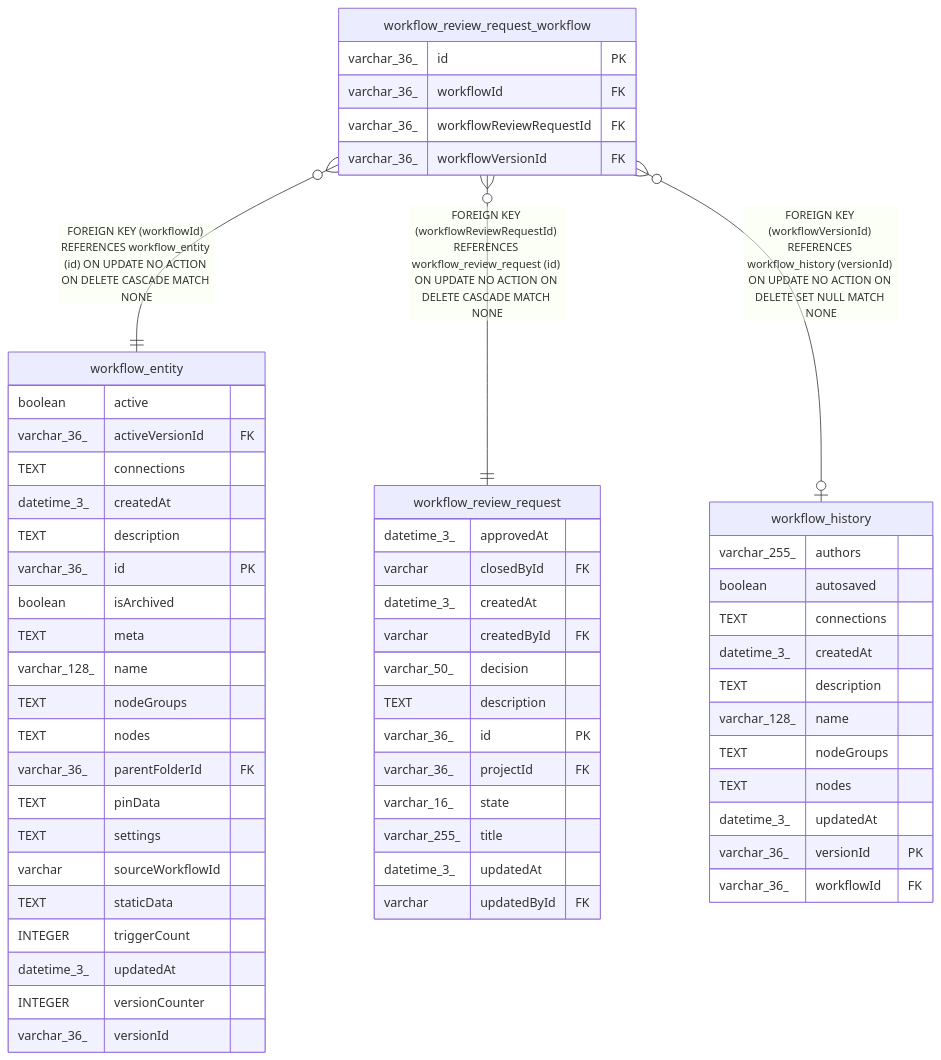
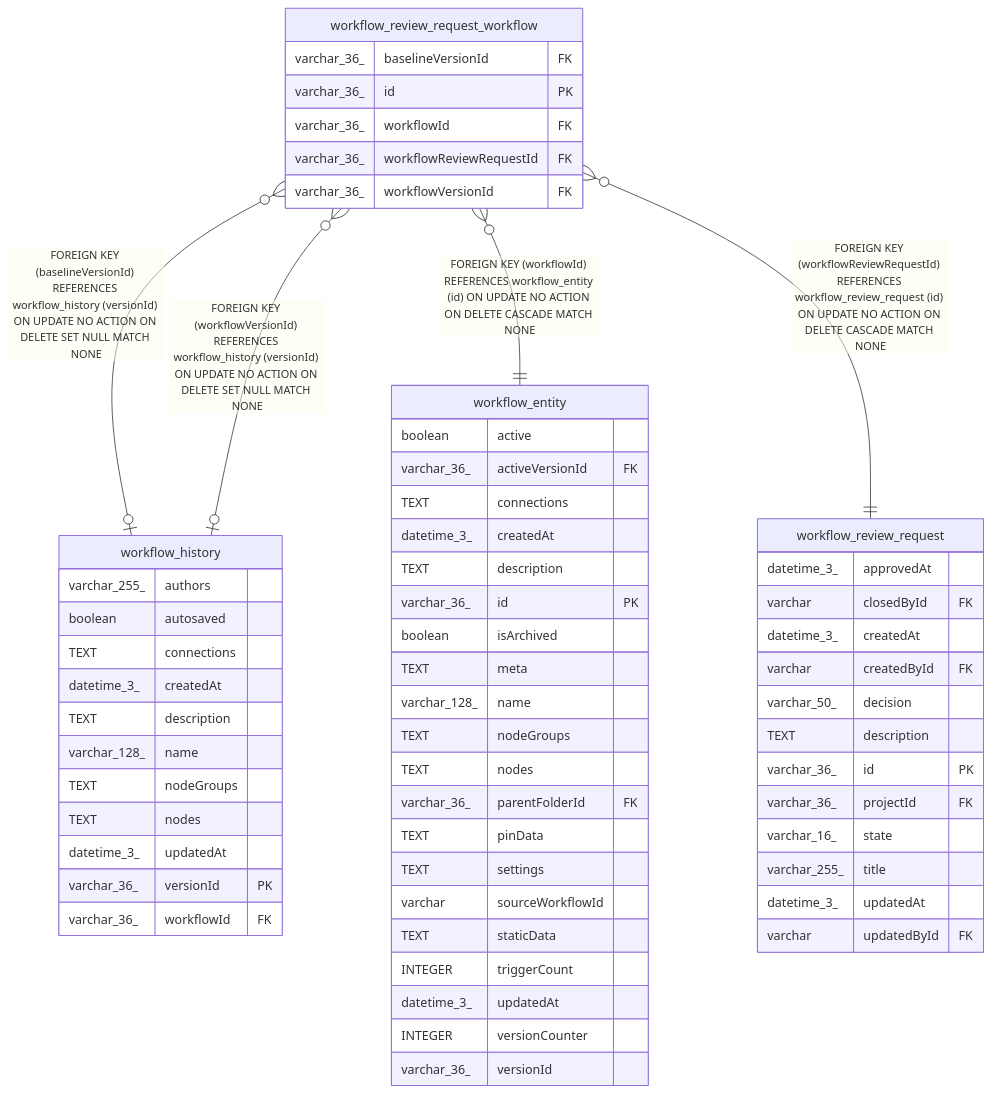
Before and after one commit to mayankjain1815-commits/n8n: the diagram in docs/generated/sqlite-schema/workflow_review_request_workflow.md, drawn with Mermaid. The commit also changed other lines of this file and 13 other files, not shown here.

First line of the commit message:
feat(db): Add baselineVersionId to workflow_review_request_workflow (no-changelog)

````diff
--- a/docs/generated/sqlite-schema/workflow_review_request_workflow.md
+++ b/docs/generated/sqlite-schema/workflow_review_request_workflow.md
@@ -43,63 +45,65 @@
 ```mermaid
 erDiagram
 
+"workflow_review_request_workflow" }o--o| "workflow_history" : "FOREIGN KEY (baselineVersionId) REFERENCES workflow_history (versionId) ON UPDATE NO ACTION ON DELETE SET NULL MATCH NONE"
 "workflow_review_request_workflow" }o--|| "workflow_entity" : "FOREIGN KEY (workflowId) REFERENCES workflow_entity (id) ON UPDATE NO ACTION ON DELETE CASCADE MATCH NONE"
 "workflow_review_request_workflow" }o--|| "workflow_review_request" : "FOREIGN KEY (workflowReviewRequestId) REFERENCES workflow_review_request (id) ON UPDATE NO ACTION ON DELETE CASCADE MATCH NONE"
 "workflow_review_request_workflow" }o--o| "workflow_history" : "FOREIGN KEY (workflowVersionId) REFERENCES workflow_history (versionId) ON UPDATE NO ACTION ON DELETE SET NULL MATCH NONE"
 
 "workflow_review_request_workflow" {
+  varchar_36_ baselineVersionId FK
   varchar_36_ id PK
   varchar_36_ workflowId FK
   varchar_36_ workflowReviewRequestId FK
   varchar_36_ workflowVersionId FK
+}
+"workflow_history" {
+  varchar_255_ authors
+  boolean autosaved
+  TEXT connections
+  datetime_3_ createdAt
+  TEXT description
+  varchar_128_ name
+  TEXT nodeGroups
+  TEXT nodes
+  datetime_3_ updatedAt
+  varchar_36_ versionId PK
+  varchar_36_ workflowId FK
 }
 "workflow_entity" {
   boolean active
   varchar_36_ activeVersionId FK
   TEXT connections
   datetime_3_ createdAt
   TEXT description
   varchar_36_ id PK
   boolean isArchived
   TEXT meta
   varchar_128_ name
   TEXT nodeGroups
   TEXT nodes
   varchar_36_ parentFolderId FK
   TEXT pinData
   TEXT settings
   varchar sourceWorkflowId
   TEXT staticData
   INTEGER triggerCount
   datetime_3_ updatedAt
   INTEGER versionCounter
   varchar_36_ versionId
 }
 "workflow_review_request" {
   datetime_3_ approvedAt
   varchar closedById FK
   datetime_3_ createdAt
   varchar createdById FK
   varchar_50_ decision
   TEXT description
   varchar_36_ id PK
   varchar_36_ projectId FK
   varchar_16_ state
   varchar_255_ title
   datetime_3_ updatedAt
   varchar updatedById FK
 }
-"workflow_history" {
-  varchar_255_ authors
-  boolean autosaved
-  TEXT connections
-  datetime_3_ createdAt
-  TEXT description
-  varchar_128_ name
-  TEXT nodeGroups
-  TEXT nodes
-  datetime_3_ updatedAt
-  varchar_36_ versionId PK
-  varchar_36_ workflowId FK
-}
 ```
````
